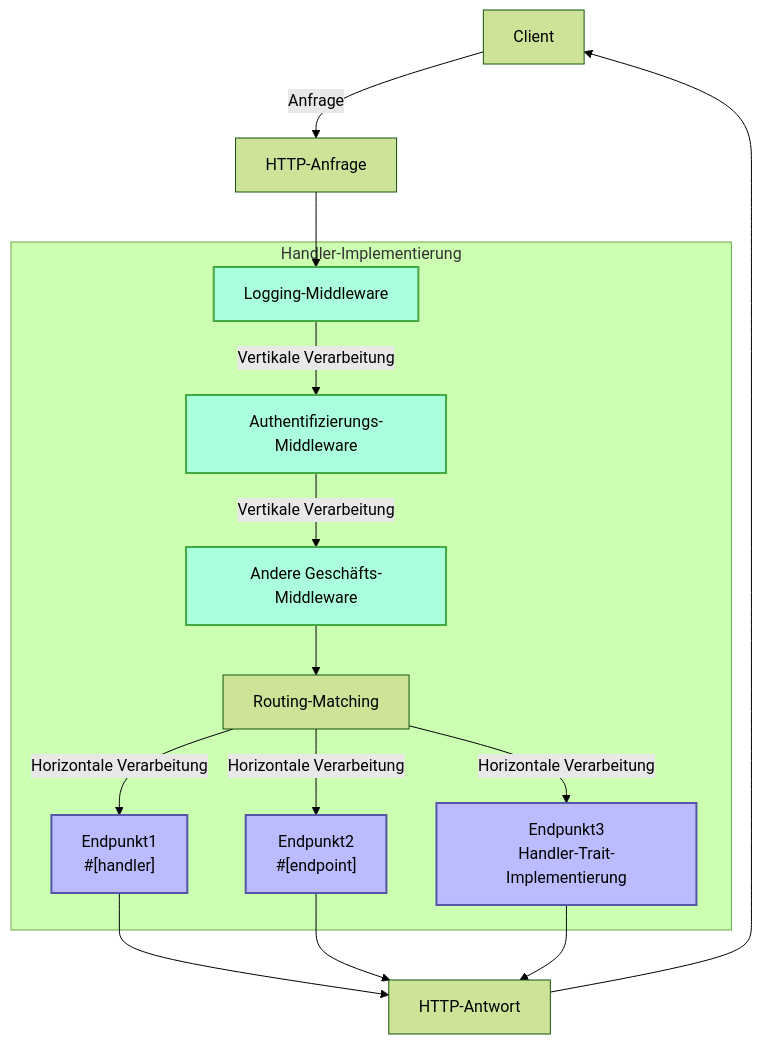
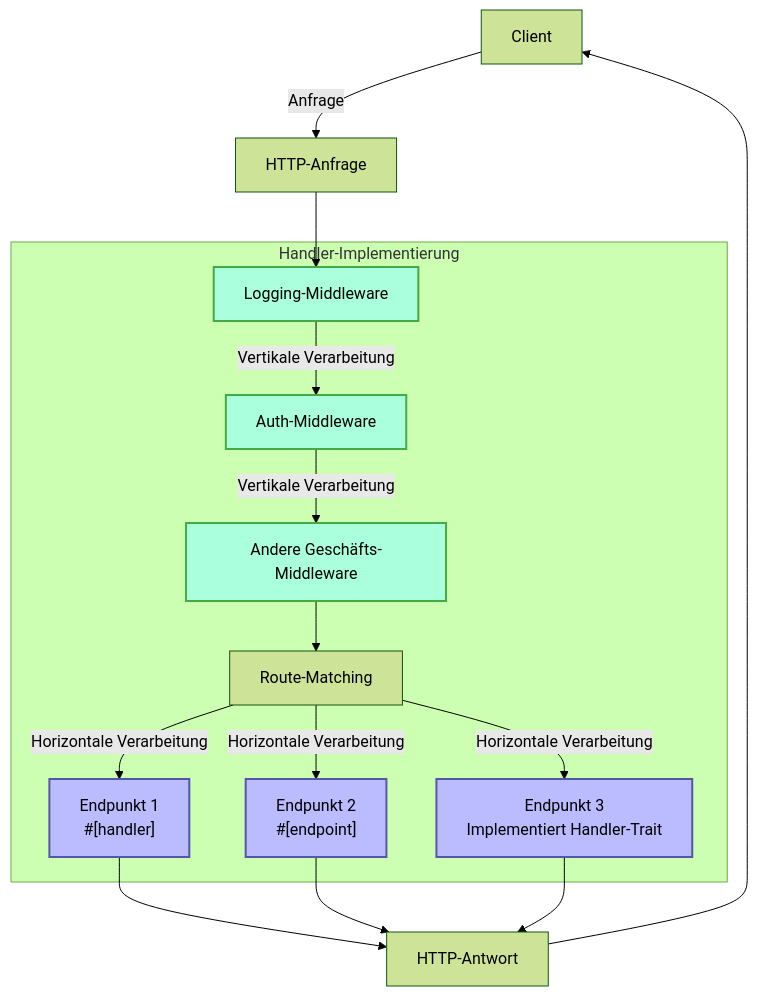
One commit to salvo-rs/website changed the first of 2 diagrams in docs/de/guide/concepts/handler.mdx. Above: the diagram before and after it, drawn with Mermaid (forest theme). The commit also changed other lines of this file and 326 other files, not shown here.

````diff
--- a/docs/de/guide/concepts/handler.mdx
+++ b/docs/de/guide/concepts/handler.mdx
@@ -15,25 +15,25 @@
 ```mermaid
 flowchart TD
     Client[Client] -->|Anfrage| Request[HTTP-Anfrage]
     Request --> M1
 
     subgraph "Handler-Implementierung"
-        M1[Logging-Middleware] -->|Vertikale Verarbeitung| M2[Authentifizierungs-Middleware] -->|Vertikale Verarbeitung| M3[Andere Geschäfts-Middleware]
-        M3 --> Router[Routing-Matching]
+        M1[Logging-Middleware] -->|Vertikale Verarbeitung| M2[Auth-Middleware] -->|Vertikale Verarbeitung| M3[Andere Geschäfts-Middleware]
+        M3 --> Router[Route-Matching]
 
-        Router -->|Horizontale Verarbeitung| E1["Endpunkt1<br>#[handler]"]
-        Router -->|Horizontale Verarbeitung| E2["Endpunkt2<br>#[endpoint]"]
-        Router -->|Horizontale Verarbeitung| E3["Endpunkt3<br>Handler-Trait-Implementierung"]
+        Router -->|Horizontale Verarbeitung| E1["Endpunkt 1<br>#[handler]"]
+        Router -->|Horizontale Verarbeitung| E2["Endpunkt 2<br>#[endpoint]"]
+        Router -->|Horizontale Verarbeitung| E3["Endpunkt 3<br>Implementiert Handler-Trait"]
     end
 
     E1 --> Response[HTTP-Antwort]
     E2 --> Response
     E3 --> Response
     Response --> Client
 
     classDef middleware fill:#afd,stroke:#4a4,stroke-width:2px;
     classDef endpoint fill:#bbf,stroke:#55a,stroke-width:2px;
 
     class M1,M2,M3 middleware;
     class E1,E2,E3 endpoint;
 ```
````
